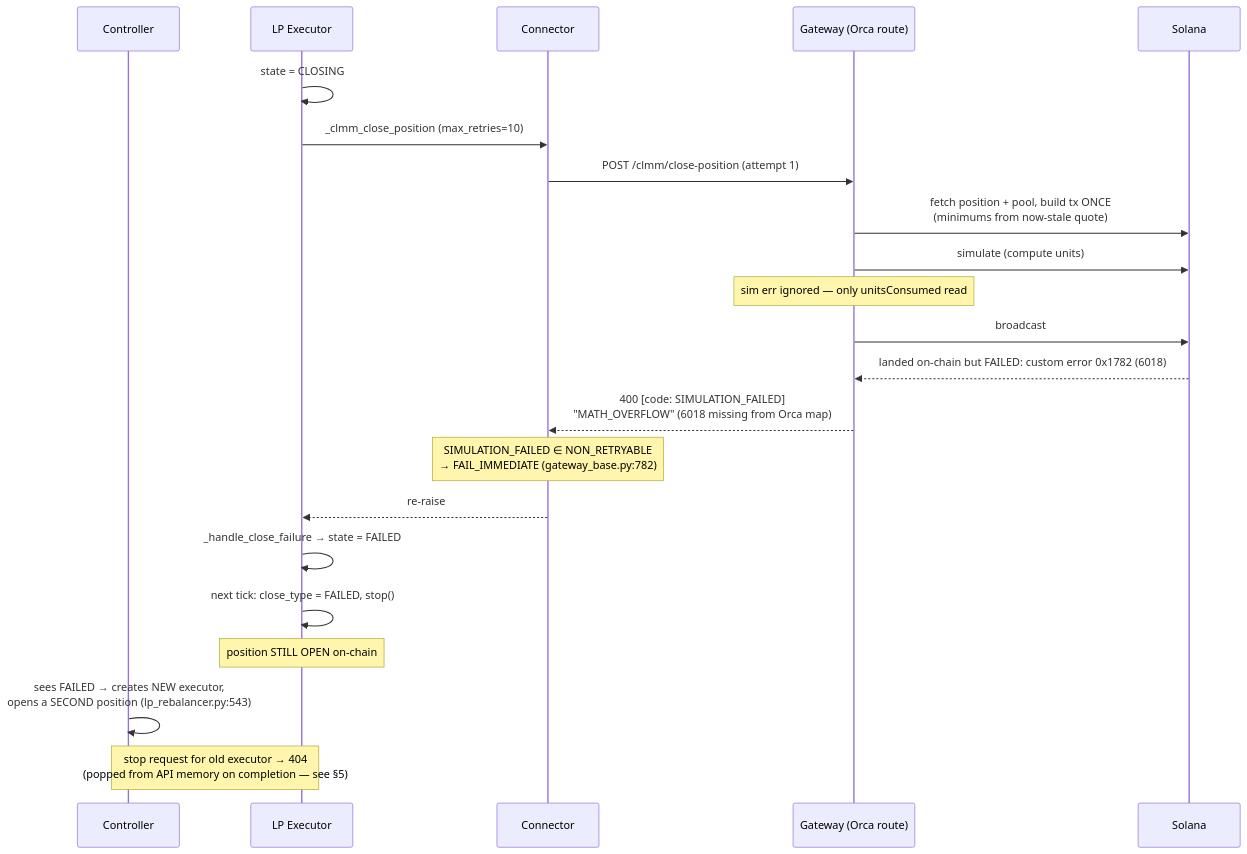
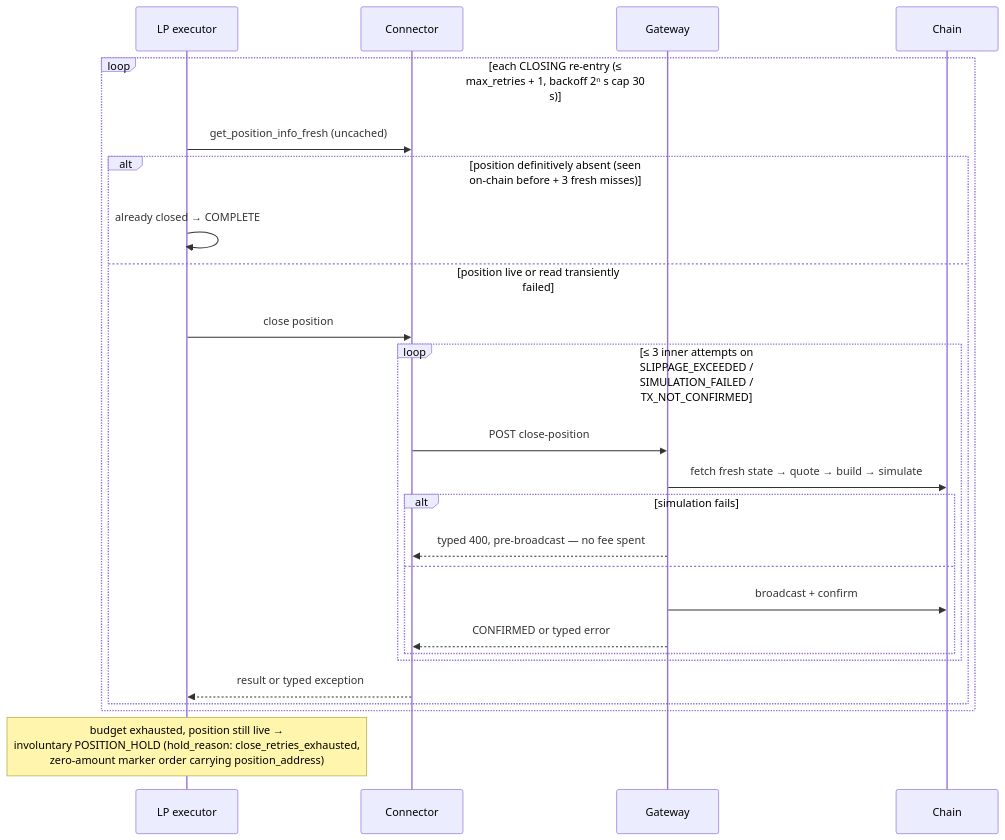
Before and after one commit to hummingbot/gateway: the second of 5 diagrams in docs/retry-architecture.md, drawn with Mermaid. The commit also changed other lines of this file, not shown here.

First line of the commit message:
docs: rewrite retry-architecture as issues + final architecture

````diff
--- a/docs/retry-architecture.md
+++ b/docs/retry-architecture.md
@@ -93,25 +96,28 @@
 ```mermaid
 sequenceDiagram
-    participant CT as Controller
-    participant EX as LP Executor
+    participant EX as LP executor
     participant CN as Connector
-    participant GW as Gateway (Orca route)
-    participant SOL as Solana
+    participant GW as Gateway
+    participant SOL as Chain
 
-    EX->>EX: state = CLOSING
-    EX->>CN: _clmm_close_position (max_retries=10)
-    CN->>GW: POST /clmm/close-position (attempt 1)
-    GW->>SOL: fetch position + pool, build tx ONCE<br/>(minimums from now-stale quote)
-    GW->>SOL: simulate (compute units)
-    Note over GW: sim err ignored — only unitsConsumed read
-    GW->>SOL: broadcast
-    SOL-->>GW: landed on-chain but FAILED: custom error 0x1782 (6018)
-    GW-->>CN: 400 [code: SIMULATION_FAILED]<br/>"MATH_OVERFLOW" (6018 missing from Orca map)
-    Note over CN: SIMULATION_FAILED ∈ NON_RETRYABLE<br/>→ FAIL_IMMEDIATE (gateway_base.py:782)
-    CN-->>EX: re-raise
-    EX->>EX: _handle_close_failure → state = FAILED
-    EX->>EX: next tick: close_type = FAILED, stop()
-    Note over EX: position STILL OPEN on-chain
-    CT->>CT: sees FAILED → creates NEW executor,<br/>opens a SECOND position (lp_rebalancer.py:543)
-    Note over CT,EX: stop request for old executor → 404<br/>(popped from API memory on completion — see §5)
+    loop each CLOSING re-entry (≤ max_retries + 1, backoff 2ⁿ s cap 30 s)
+        EX->>CN: get_position_info_fresh (uncached)
+        alt position definitively absent (seen on-chain before + 3 fresh misses)
+            EX->>EX: already closed → COMPLETE
+        else position live or read transiently failed
+            EX->>CN: close position
+            loop ≤ 3 inner attempts on SLIPPAGE_EXCEEDED / SIMULATION_FAILED / TX_NOT_CONFIRMED
+                CN->>GW: POST close-position
+                GW->>SOL: fetch fresh state → quote → build → simulate
+                alt simulation fails
+                    GW-->>CN: typed 400, pre-broadcast — no fee spent
+                else
+                    GW->>SOL: broadcast + confirm
+                    GW-->>CN: CONFIRMED or typed error
+                end
+            end
+            CN-->>EX: result or typed exception
+        end
+    end
+    Note over EX: budget exhausted, position still live →<br/>involuntary POSITION_HOLD (hold_reason: close_retries_exhausted,<br/>zero-amount marker order carrying position_address)
 ```
````
